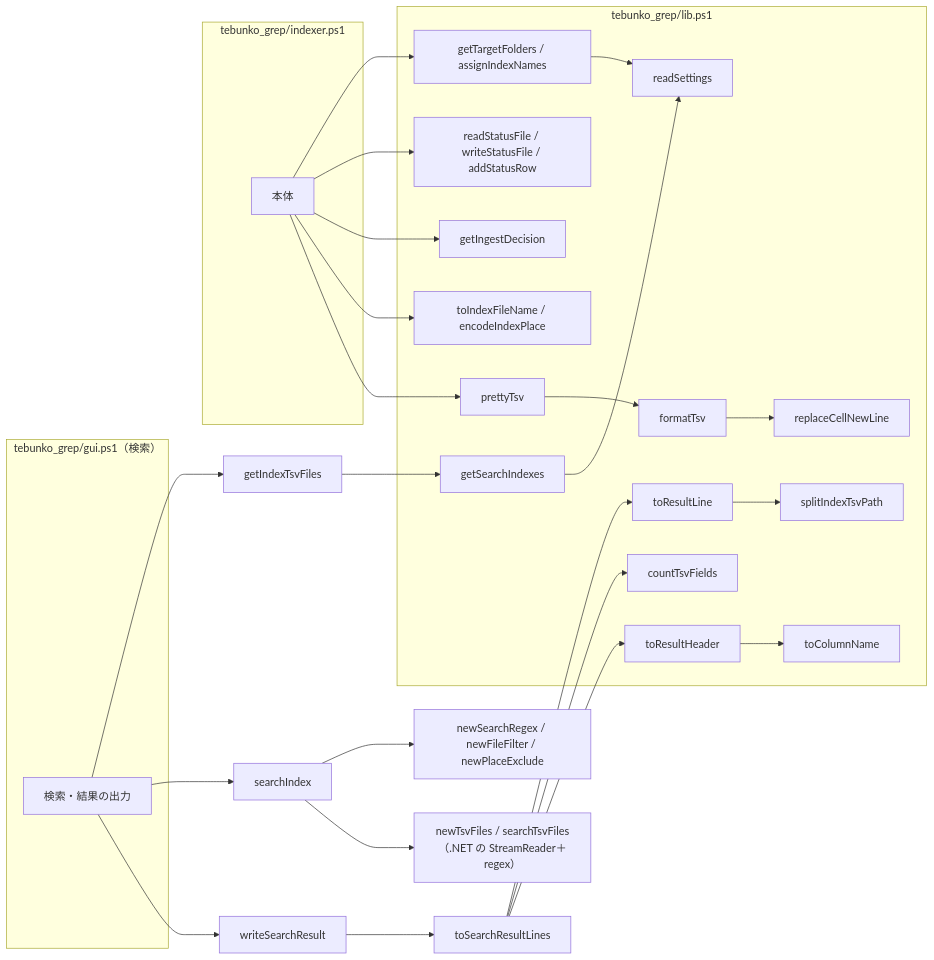
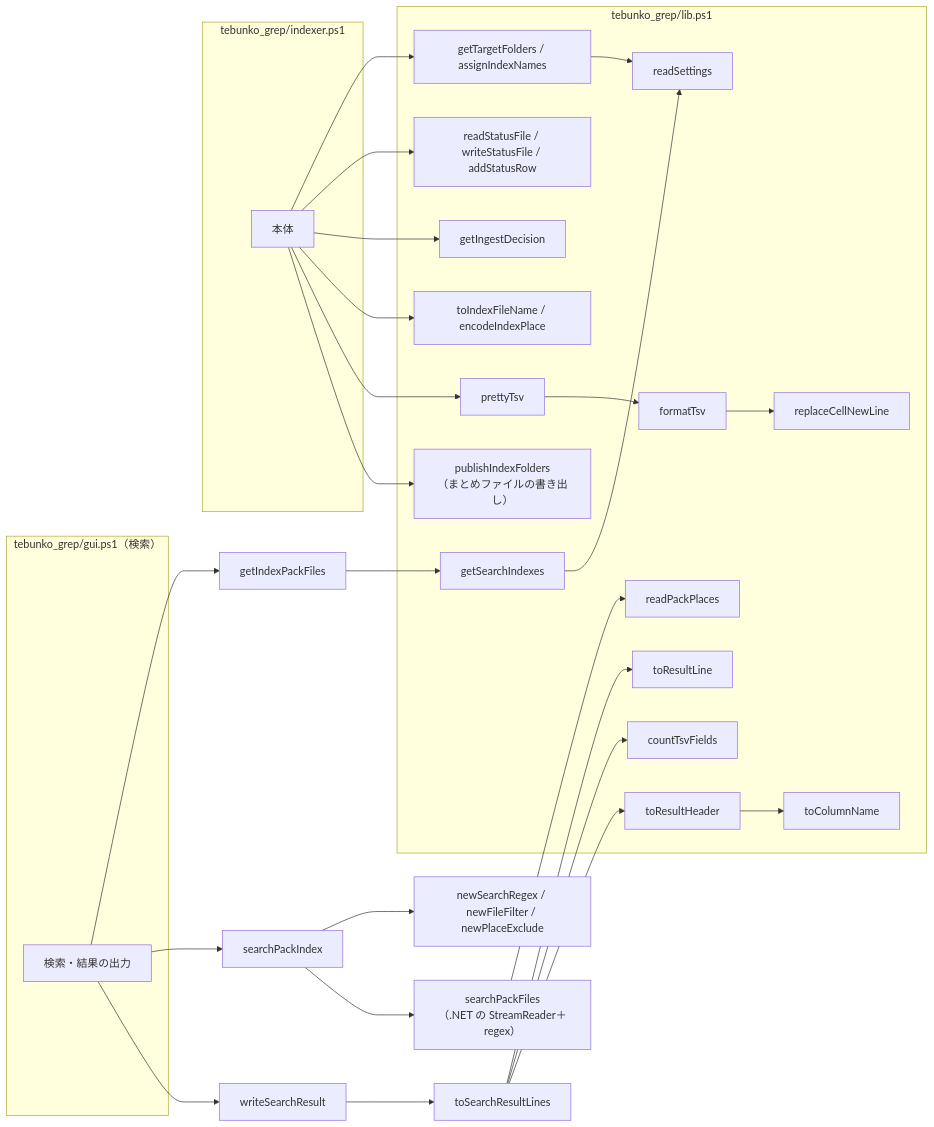
One commit to hsgwa/tebunko changed the second of 3 diagrams in docs/00_共通_2_共通モジュール.md. Above: the diagram before and after it, drawn with Mermaid. The commit also changed other lines of this file and 49 other files, not shown here.

````diff
--- a/docs/00_共通_2_共通モジュール.md
+++ b/docs/00_共通_2_共通モジュール.md
@@ -227,39 +227,41 @@
 ```mermaid
 flowchart LR
     subgraph OTS["tebunko_grep/indexer.ps1"]
         OT["本体"]
     end
     subgraph GRS["tebunko_grep/gui.ps1（検索）"]
         GR["検索・結果の出力"]
     end
     subgraph CMS["tebunko_grep/lib.ps1"]
         RCL["readSettings"]
         RSF["readStatusFile / writeStatusFile / addStatusRow"]
         GTF["getTargetFolders / assignIndexNames"]
         GID["getIngestDecision"]
         GIF["getSearchIndexes"]
         TSF["toIndexFileName / encodeIndexPlace"]
         RNL["replaceCellNewLine"]
         FT["formatTsv"]
         PT["prettyTsv"]
-        SIF["splitIndexTsvPath"]
+        PUB["publishIndexFolders<br>（まとめファイルの書き出し）"]
+        RPP["readPackPlaces"]
         TRL["toResultLine"]
         CTF["countTsvFields"]
         TRH["toResultHeader"]
         TCN["toColumnName"]
     end
 
     OT --> GTF --> RCL
     OT --> RSF
     OT --> GID
     OT --> TSF
     OT --> PT --> FT --> RNL
-    GR --> ITF["getIndexTsvFiles"] --> GIF --> RCL
-    GR --> SI["searchIndex"]
+    OT --> PUB
+    GR --> ITF["getIndexPackFiles"] --> GIF --> RCL
+    GR --> SI["searchPackIndex"]
     SI --> NSR["newSearchRegex / newFileFilter / newPlaceExclude"]
-    SI --> STF["newTsvFiles / searchTsvFiles<br>（.NET の StreamReader＋regex）"]
+    SI --> STF["searchPackFiles<br>（.NET の StreamReader＋regex）"] --> RPP
     GR --> WSR["writeSearchResult"] --> TSR["toSearchResultLines"]
-    TSR --> TRL --> SIF
+    TSR --> TRL
     TSR --> CTF
     TSR --> TRH --> TCN
 ```
````
